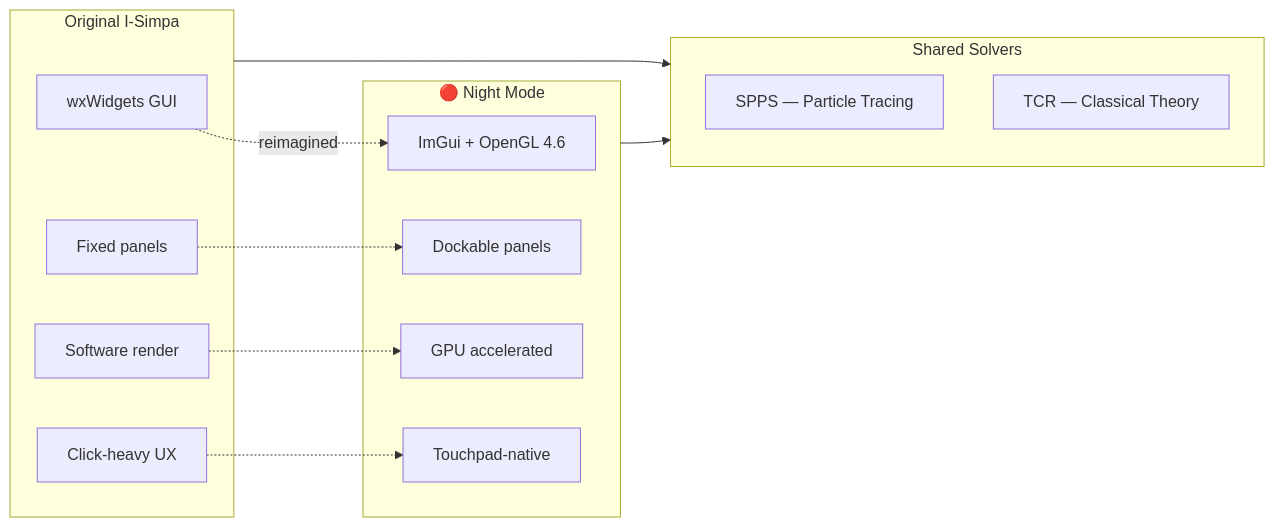
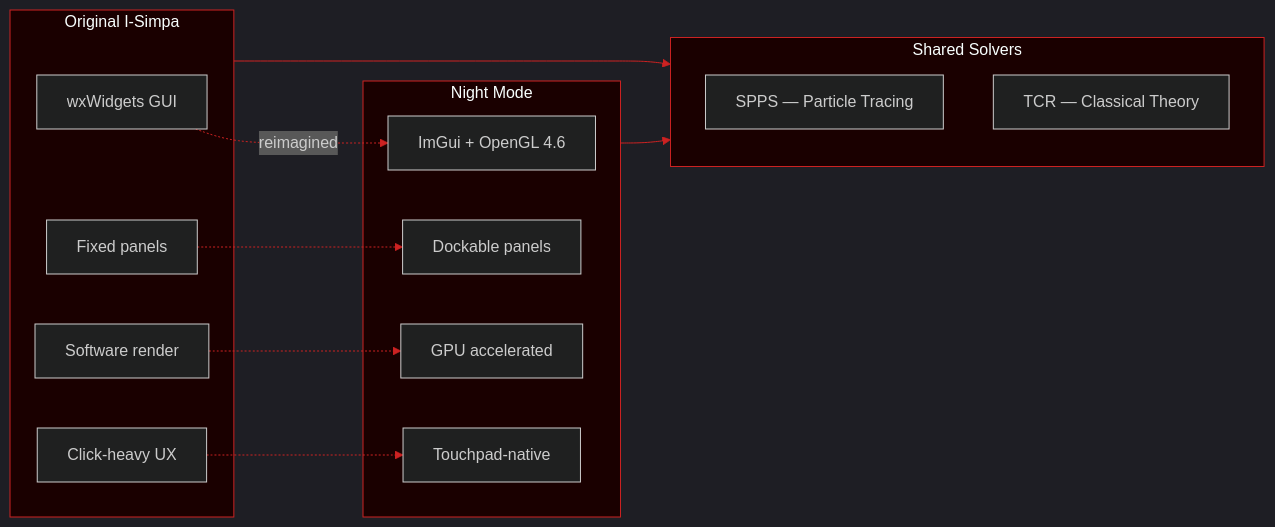
Before and after one commit to Burhanuddin98/I-Simpa_Night_Mode: the first of 2 diagrams in README.md, drawn with Mermaid. The commit also changed other lines of this file, not shown here.

Commit message:
Neon red Mermaid theme via init config (dark background + red accents)

````diff
--- a/README.md
+++ b/README.md
@@ -28,25 +28,26 @@
 ```mermaid
+%%{init: {'theme': 'dark', 'themeVariables': { 'primaryColor': '#330000', 'primaryTextColor': '#ff6666', 'primaryBorderColor': '#cc2222', 'lineColor': '#cc2222', 'secondaryColor': '#1a0000', 'tertiaryColor': '#0d0000', 'clusterBkg': '#1a0000', 'clusterBorder': '#cc2222' }}}%%
 graph LR
     subgraph Original["Original I-Simpa"]
         A1[wxWidgets GUI]
         A2[Fixed panels]
         A3[Software render]
         A4[Click-heavy UX]
     end
-    subgraph Night["🔴 Night Mode"]
+    subgraph Night["Night Mode"]
         B1[ImGui + OpenGL 4.6]
         B2[Dockable panels]
         B3[GPU accelerated]
         B4[Touchpad-native]
     end
     A1 -.->|reimagined| B1
     A2 -.-> B2
     A3 -.-> B3
     A4 -.-> B4
     subgraph Solvers["Shared Solvers"]
         S1[SPPS — Particle Tracing]
         S2[TCR — Classical Theory]
     end
     Original --> Solvers
     Night --> Solvers
 ```
````
